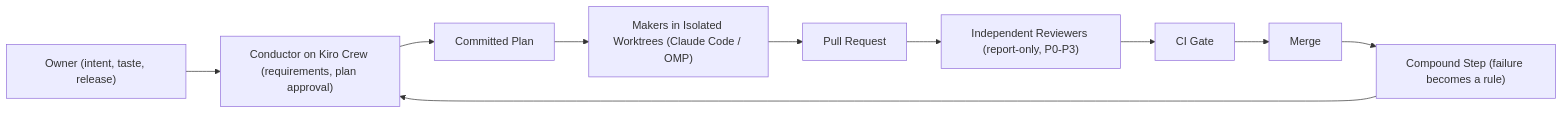
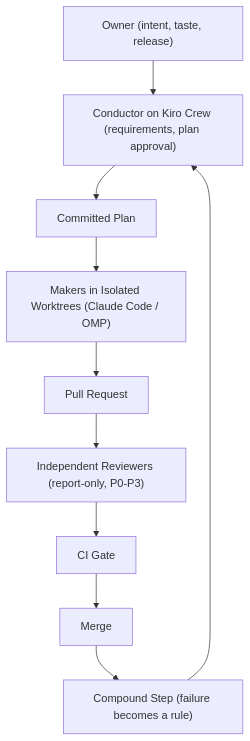
One commit to ryanleecode/ryanleecode changed the diagram in README.md. Above: the diagram before and after it, drawn with Mermaid. The commit also changed other lines of this file, not shown here.

Commit message:
docs: fix discern description, vertical factory diagram

````diff
--- a/README.md
+++ b/README.md
@@ -34,12 +34,12 @@
 ```mermaid
-flowchart LR
+flowchart TD
     Owner["Owner (intent, taste, release)"] --> Conductor["Conductor on Kiro Crew (requirements, plan approval)"]
     Conductor --> Plan["Committed Plan"]
     Plan --> Makers["Makers in Isolated Worktrees (Claude Code / OMP)"]
     Makers --> PR["Pull Request"]
     PR --> Reviewers["Independent Reviewers (report-only, P0-P3)"]
     Reviewers --> CI["CI Gate"]
     CI --> Merge["Merge"]
     Merge --> Compound["Compound Step (failure becomes a rule)"]
     Compound --> Conductor
 ```
````
